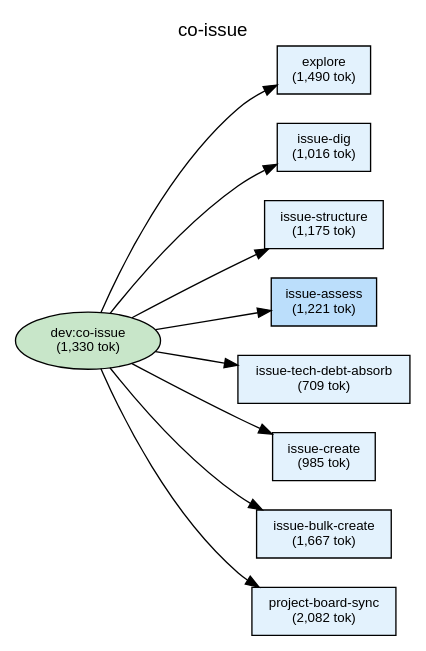
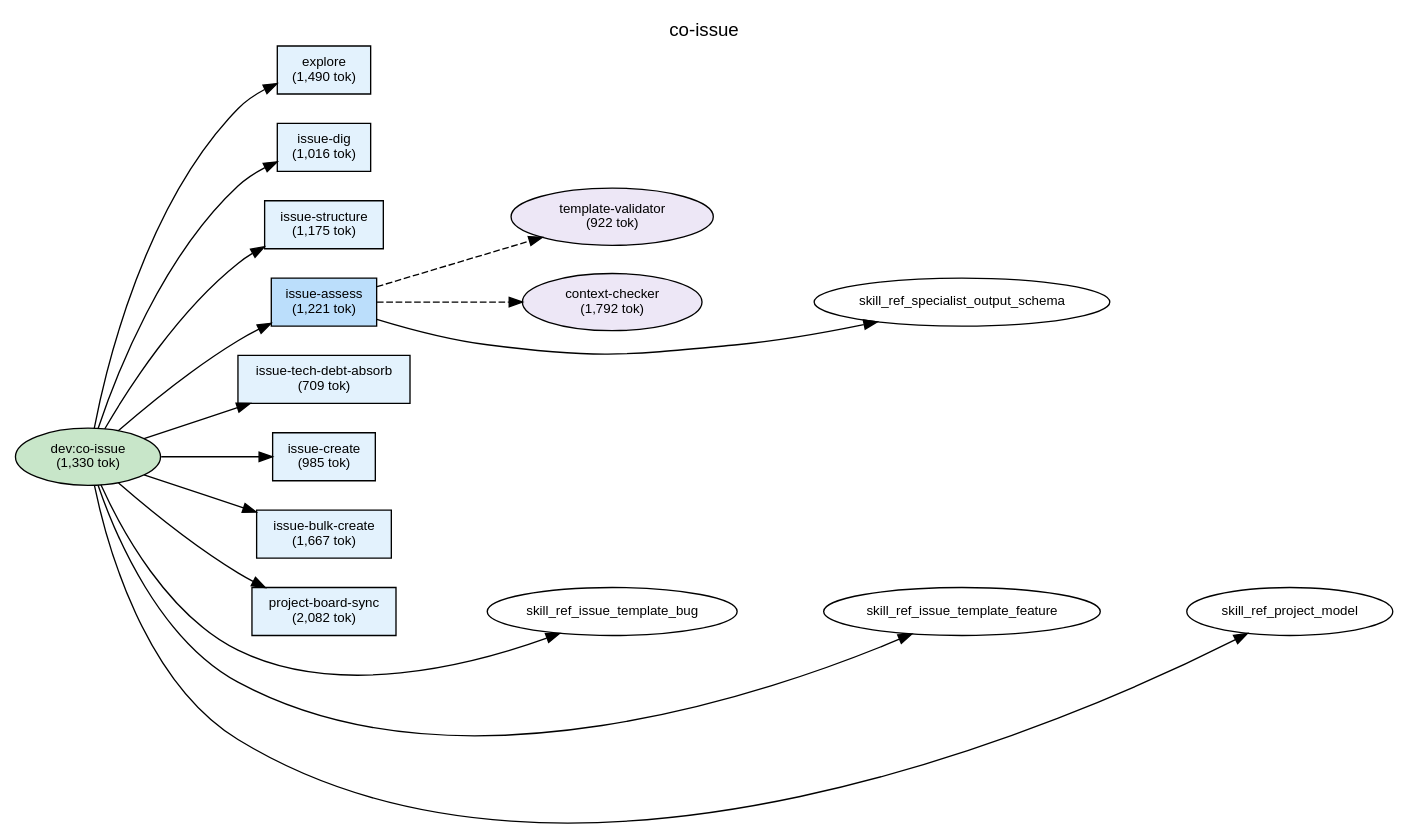
One commit to shuu5/twill changed the diagram in plugins/dev/docs/deps-co-issue.dot. Above: the diagram before and after it, drawn with Graphviz. The commit also changed 22 other files, not shown here.

```diff
--- a/plugins/dev/docs/deps-co-issue.dot
+++ b/plugins/dev/docs/deps-co-issue.dot
@@ -1,63 +1,77 @@
 digraph Dependencies {
     // Graph settings
     rankdir=LR;
     ranksep=0.8;
     nodesep=0.3;
     fontname="Helvetica";
     node [fontname="Helvetica", fontsize=10];
     edge [fontname="Helvetica", fontsize=9];
     label="co-issue";
     labelloc=t;
     fontsize=14;
 
     // L0: Controller Skills
     skill_co_issue [label="dev:co-issue\n(1,330 tok)", shape=ellipse, style=filled, fillcolor="#c8e6c9"];
 
     // L0: Launchers
 
     // L0.5: Workflow Skills
 
     // Reference Skills
 
     // L1: Direct Commands
     cmd_issue_dig [label="issue-dig\n(1,016 tok)", shape=box, style=filled, fillcolor="#e3f2fd"];
     cmd_issue_structure [label="issue-structure\n(1,175 tok)", shape=box, style=filled, fillcolor="#e3f2fd"];
     cmd_issue_create [label="issue-create\n(985 tok)", shape=box, style=filled, fillcolor="#e3f2fd"];
     cmd_issue_bulk_create [label="issue-bulk-create\n(1,667 tok)", shape=box, style=filled, fillcolor="#e3f2fd"];
     cmd_issue_tech_debt_absorb [label="issue-tech-debt-absorb\n(709 tok)", shape=box, style=filled, fillcolor="#e3f2fd"];
     cmd_project_board_sync [label="project-board-sync\n(2,082 tok)", shape=box, style=filled, fillcolor="#e3f2fd"];
     cmd_issue_assess [label="issue-assess\n(1,221 tok)", shape=box, style=filled, fillcolor="#bbdefb"];
     cmd_explore [label="explore\n(1,490 tok)", shape=box, style=filled, fillcolor="#e3f2fd"];
 
     // L2: Sub Commands
 
     // L3: Agents
+    agent_template_validator [label="template-validator\n(922 tok)", shape=ellipse, style=filled, fillcolor="#ede7f6"];
+    agent_context_checker [label="context-checker\n(1,792 tok)", shape=ellipse, style=filled, fillcolor="#ede7f6"];
 
     // L3.5: Scripts
 
     // L4: External
 
     // Layer constraints
     { rank=same; skill_co_issue; }
     { rank=same; cmd_issue_dig; cmd_issue_structure; cmd_issue_create; cmd_issue_bulk_create; cmd_issue_tech_debt_absorb; cmd_project_board_sync; cmd_issue_assess; cmd_explore; }
+    { rank=same; agent_template_validator; agent_context_checker; }
 
     // Edges
     skill_co_issue -> cmd_explore;
     skill_co_issue -> cmd_issue_dig;
     skill_co_issue -> cmd_issue_structure;
     skill_co_issue -> cmd_issue_assess;
     skill_co_issue -> cmd_issue_tech_debt_absorb;
     skill_co_issue -> cmd_issue_create;
     skill_co_issue -> cmd_issue_bulk_create;
     skill_co_issue -> cmd_project_board_sync;
+    skill_co_issue -> skill_ref_issue_template_bug;
+    skill_co_issue -> skill_ref_issue_template_feature;
+    skill_co_issue -> skill_ref_project_model;
+    cmd_issue_assess -> agent_template_validator [style=dashed];
+    cmd_issue_assess -> agent_context_checker [style=dashed];
+    cmd_issue_assess -> skill_ref_specialist_output_schema;
 
     // Ordering constraints (invisible edges)
     cmd_explore -> cmd_issue_dig [style=invis, weight=10];
     cmd_issue_dig -> cmd_issue_structure [style=invis, weight=10];
     cmd_issue_structure -> cmd_issue_assess [style=invis, weight=10];
     cmd_issue_assess -> cmd_issue_tech_debt_absorb [style=invis, weight=10];
     cmd_issue_tech_debt_absorb -> cmd_issue_create [style=invis, weight=10];
     cmd_issue_create -> cmd_issue_bulk_create [style=invis, weight=10];
     cmd_issue_bulk_create -> cmd_project_board_sync [style=invis, weight=10];
+    cmd_project_board_sync -> skill_ref_issue_template_bug [style=invis, weight=10];
+    skill_ref_issue_template_bug -> skill_ref_issue_template_feature [style=invis, weight=10];
+    skill_ref_issue_template_feature -> skill_ref_project_model [style=invis, weight=10];
+    agent_template_validator -> agent_context_checker [style=invis, weight=10];
+    agent_context_checker -> skill_ref_specialist_output_schema [style=invis, weight=10];
 
 }
```
